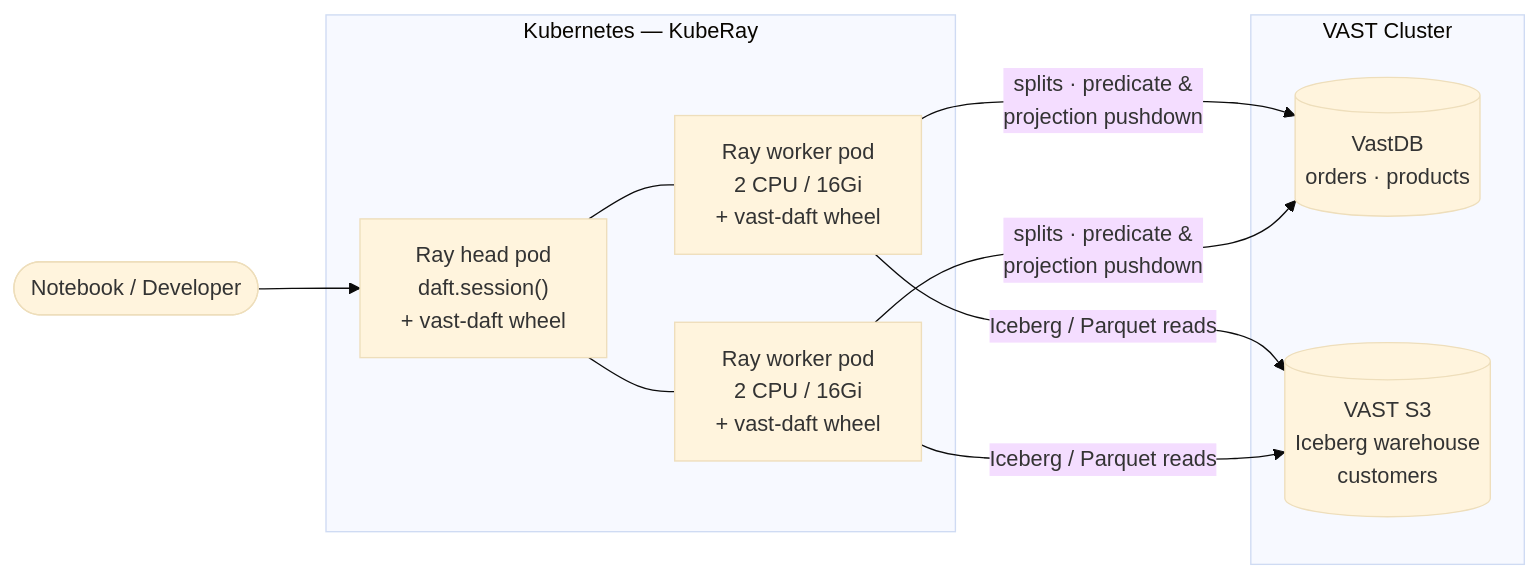
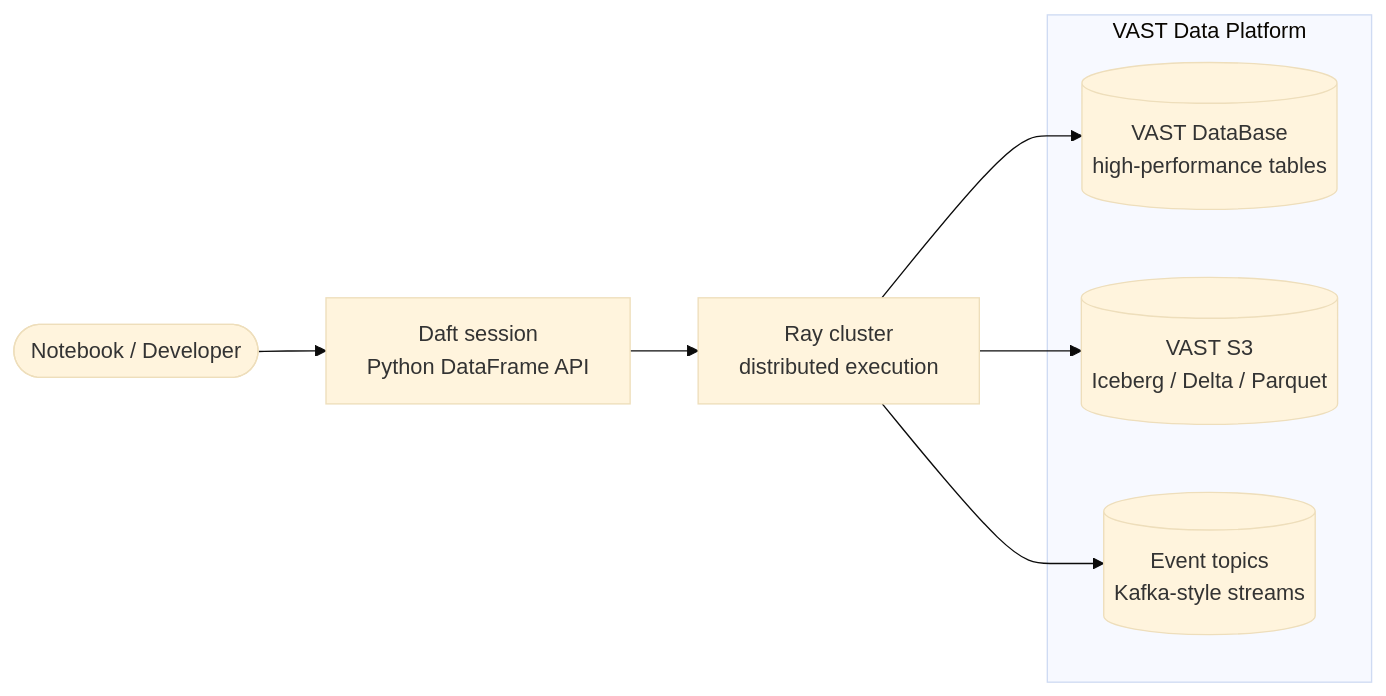
One commit to vast-data/vast-daft changed the diagram in docs/blog/daft-vastdb-iceberg.md. Above: the diagram before and after it, drawn with Mermaid (base theme). The commit also changed other lines of this file and 14 other files, not shown here.

First line of the commit message:
Add read_vastdb/write_vastdb API, disable zeppelin/gravitino, fix Daft dep pin

````diff
--- a/docs/blog/daft-vastdb-iceberg.md
+++ b/docs/blog/daft-vastdb-iceberg.md
@@ -11,22 +47,15 @@
 ```mermaid
 flowchart LR
-    User([Notebook / Developer]) --> Head
+    Dev([Notebook / Developer]) --> Daft["Daft session<br/>Python DataFrame API"]
+    Daft --> Ray["Ray cluster<br/>distributed execution"]
 
-    subgraph K8s["Kubernetes — KubeRay"]
-        Head["Ray head pod<br/>daft.session()<br/>+ vast-daft wheel"]
-        W1["Ray worker pod<br/>2 CPU / 16Gi<br/>+ vast-daft wheel"]
-        W2["Ray worker pod<br/>2 CPU / 16Gi<br/>+ vast-daft wheel"]
-        Head --- W1
-        Head --- W2
+    subgraph VAST["VAST Data Platform"]
+        DB[("VAST DataBase<br/>high-performance tables")]
+        S3[("VAST S3<br/>Iceberg / Delta / Parquet")]
+        EVT[("Event topics<br/>Kafka-style streams")]
     end
 
-    subgraph VAST["VAST Cluster"]
-        VDB[("VastDB<br/>orders · products")]
-        S3[("VAST S3<br/>Iceberg warehouse<br/>customers")]
-    end
-
-    W1 -- "splits · predicate &<br/>projection pushdown" --> VDB
-    W2 -- "splits · predicate &<br/>projection pushdown" --> VDB
-    W1 -- "Iceberg / Parquet reads" --> S3
-    W2 -- "Iceberg / Parquet reads" --> S3
+    Ray --> DB
+    Ray --> S3
+    Ray --> EVT
 ```
````
